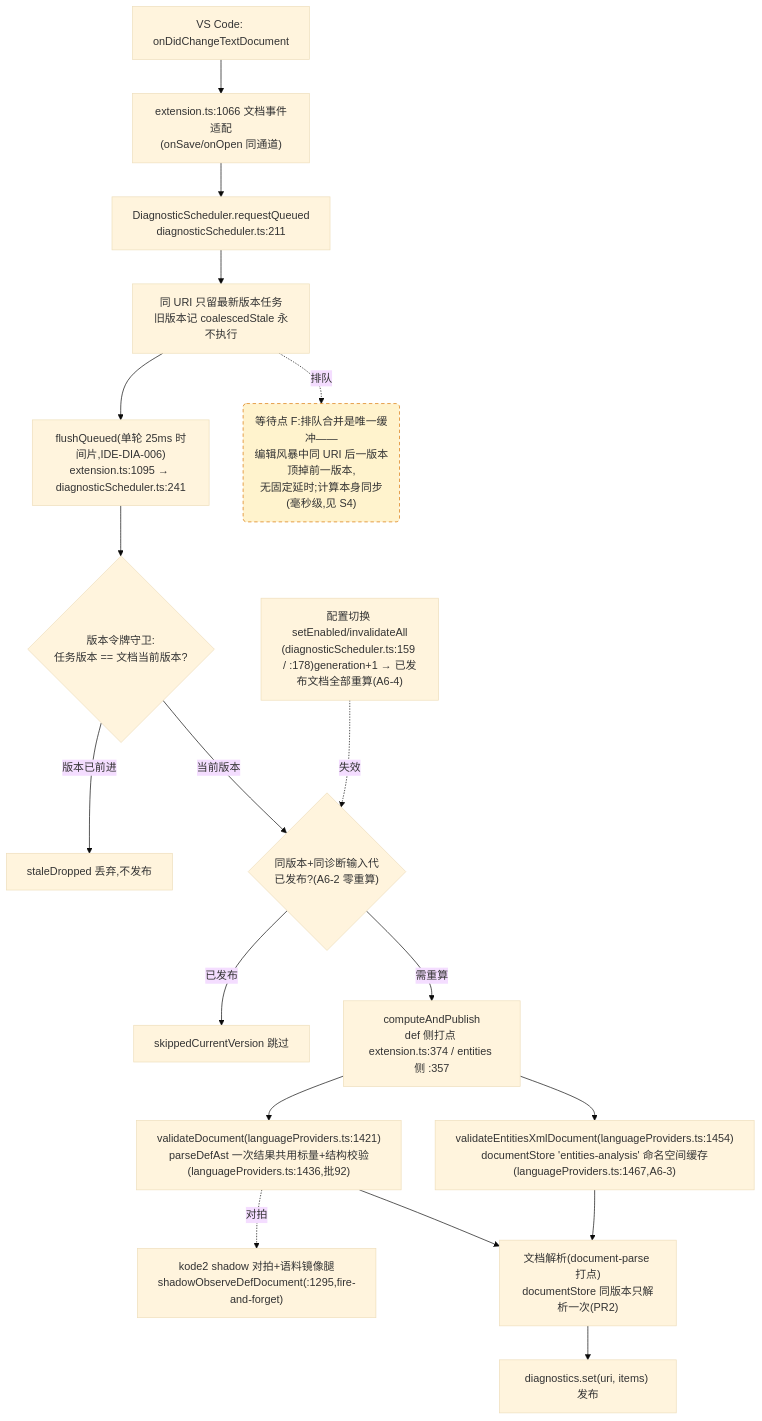
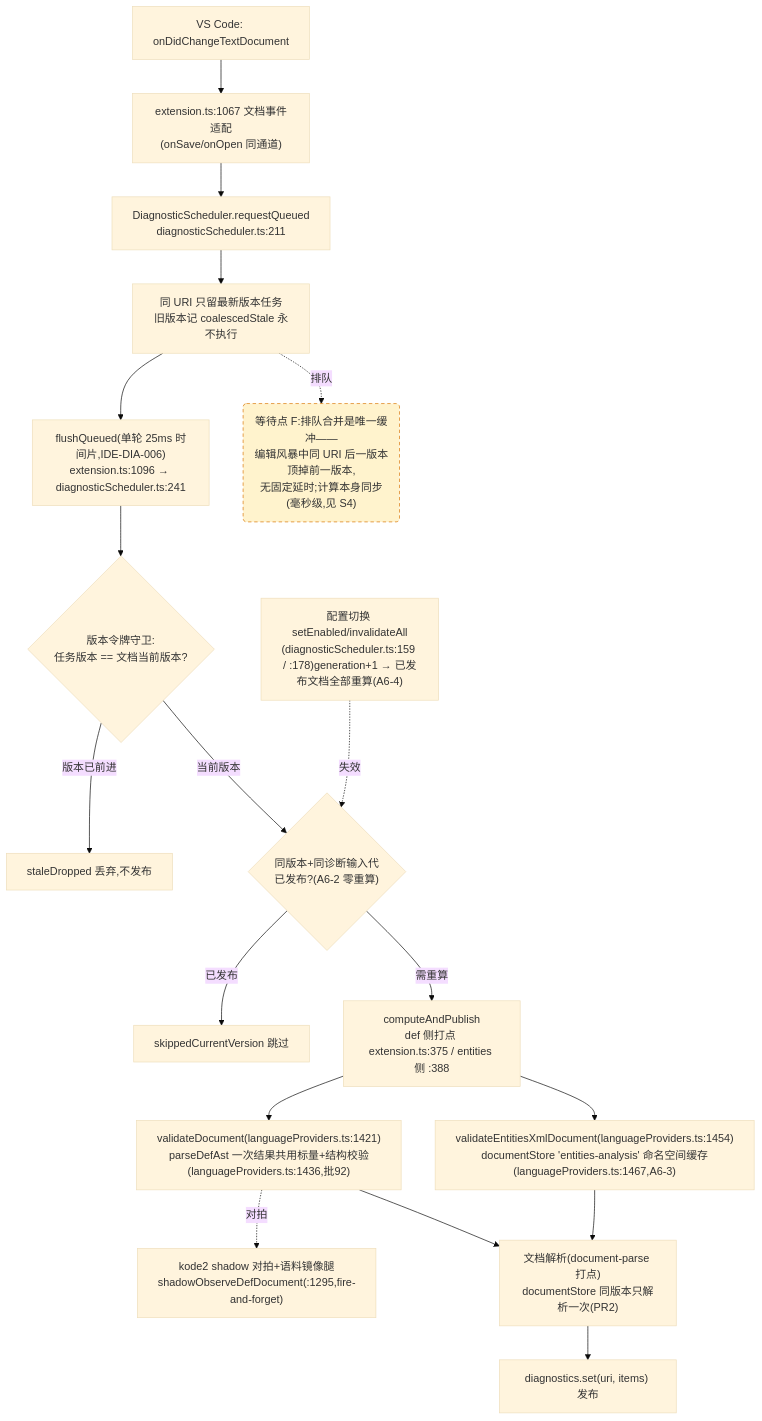
One commit to cuihairu/kode changed the fourth of 4 diagrams in docs/perf/2026-baseline.md. Above: the diagram before and after it, drawn with Mermaid (base theme). The commit also changed other lines of this file and 9 other files, not shown here.

````diff
--- a/docs/perf/2026-baseline.md
+++ b/docs/perf/2026-baseline.md
@@ -214,38 +214,38 @@
 ```mermaid
 flowchart TD
   CHG["VS Code: onDidChangeTextDocument"]
-  WATCH["extension.ts:1066 文档事件适配<br/>(onSave/onOpen 同通道)"]
+  WATCH["extension.ts:1067 文档事件适配<br/>(onSave/onOpen 同通道)"]
   RQ["DiagnosticScheduler.requestQueued<br/>diagnosticScheduler.ts:211"]
   CO["同 URI 只留最新版本任务<br/>旧版本记 coalescedStale 永不执行"]
-  FL["flushQueued(单轮 25ms 时间片,IDE-DIA-006)<br/>extension.ts:1095 → diagnosticScheduler.ts:241"]
+  FL["flushQueued(单轮 25ms 时间片,IDE-DIA-006)<br/>extension.ts:1096 → diagnosticScheduler.ts:241"]
   VG{"版本令牌守卫:<br/>任务版本 == 文档当前版本?"}
   DROP["staleDropped 丢弃,不发布"]
   GEN{"同版本+同诊断输入代<br/>已发布?(A6-2 零重算)"}
   SKIP["skippedCurrentVersion 跳过"]
-  CALC["computeAndPublish<br/>def 侧打点 extension.ts:374 / entities 侧 :357"]
+  CALC["computeAndPublish<br/>def 侧打点 extension.ts:375 / entities 侧 :388"]
   VD["validateDocument(languageProviders.ts:1421)<br/>parseDefAst 一次结果共用标量+结构校验(languageProviders.ts:1436,批92)"]
   VEX["validateEntitiesXmlDocument(languageProviders.ts:1454)<br/>documentStore 'entities-analysis' 命名空间缓存(languageProviders.ts:1467,A6-3)"]
   SHDD["kode2 shadow 对拍+语料镜像腿<br/>shadowObserveDefDocument(:1295,fire-and-forget)"]
   DS["文档解析(document-parse 打点)<br/>documentStore 同版本只解析一次(PR2)"]
   PUB["diagnostics.set(uri, items) 发布"]
   CFG2["配置切换 setEnabled/invalidateAll<br/>(diagnosticScheduler.ts:159 / :178)generation+1 → 已发布文档全部重算(A6-4)"]
 
   CHG --> WATCH --> RQ --> CO --> FL --> VG
   VG -- "版本已前进" --> DROP
   VG -- "当前版本" --> GEN
   GEN -- "已发布" --> SKIP
   GEN -- "需重算" --> CALC
   CALC --> VD
   CALC --> VEX
   VD --> DS
   VEX --> DS
   DS --> PUB
   VD -.->|对拍| SHDD
   CFG2 -.->|失效| GEN
 
   WAITF("等待点 F:排队合并是唯一缓冲——<br/>编辑风暴中同 URI 后一版本顶掉前一版本,<br/>无固定延时;计算本身同步(毫秒级,见 S4)")
   CO -.->|排队| WAITF
 
   classDef waitPoint fill:#fff3cd,stroke:#d97706,stroke-dasharray:5 4;
   class WAITF waitPoint;
 ```
````
